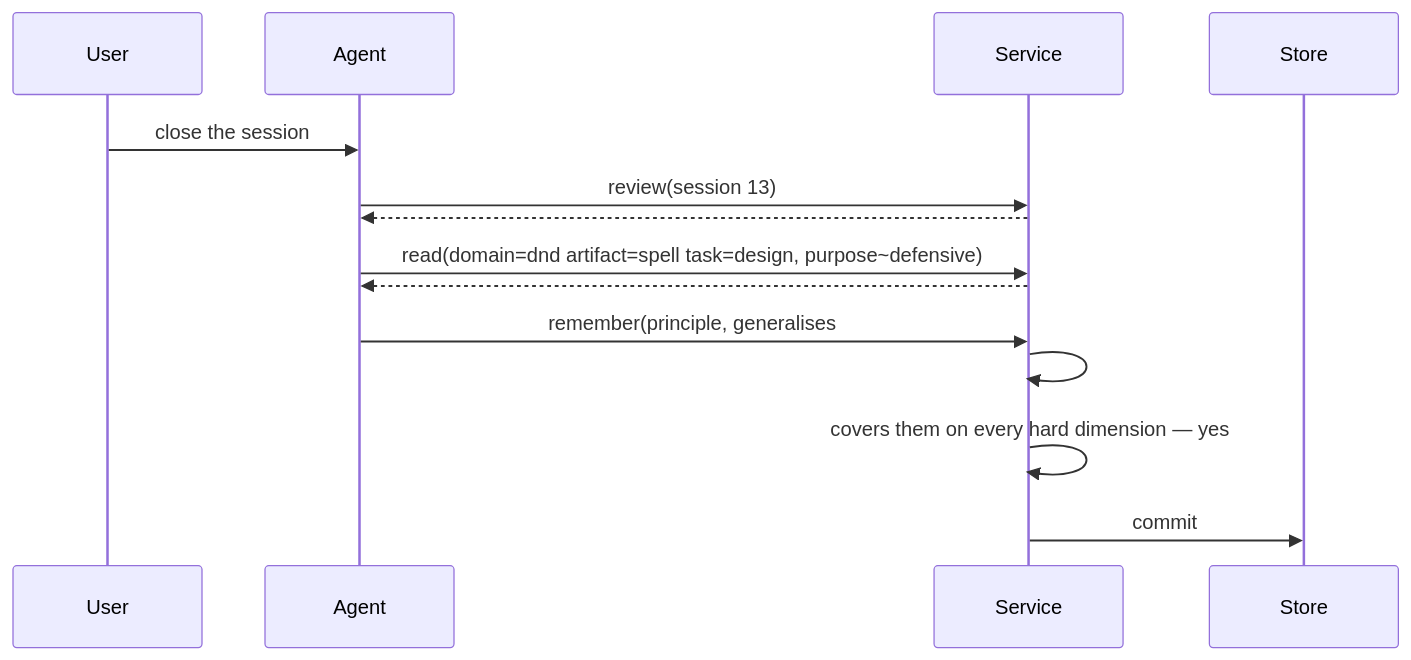
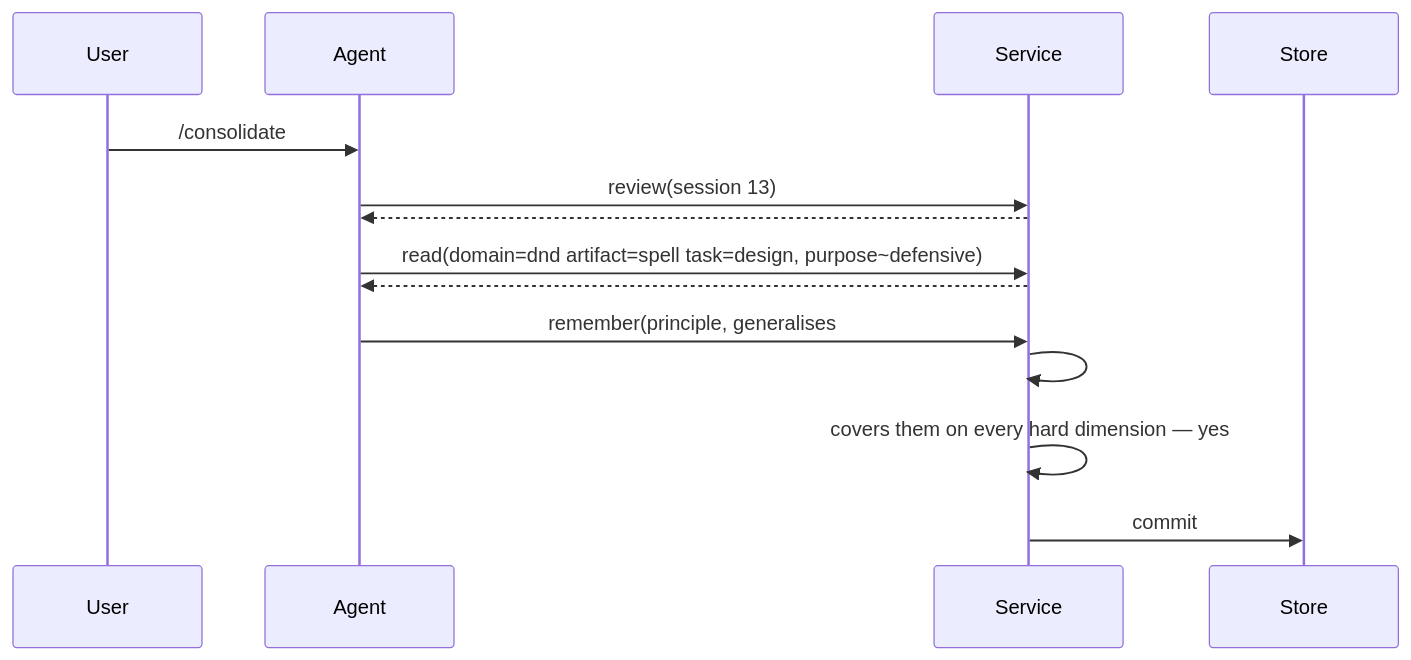
One commit to Debith/pygim changed diagram 30 of 32 in docs/design/memory/01a_model_by_scenario.md. Above: the diagram before and after it, drawn with Mermaid. The commit also changed other lines of this file and 14 other files, not shown here.

````diff
--- a/docs/design/memory/01a_model_by_scenario.md
+++ b/docs/design/memory/01a_model_by_scenario.md
@@ -730,16 +730,16 @@
 ```mermaid
 sequenceDiagram
     participant U as User
     participant A as Agent
     participant S as Service
     participant St as Store
-    U->>A: close the session
+    U->>A: /consolidate
     A->>S: review(session 13)
     S-->>A: #55 #56 #57 with their tags
     A->>S: read(domain=dnd artifact=spell task=design, purpose~defensive)
     S-->>A: #2 #54 #55 #56 #57 #7
     A->>S: remember(principle, generalises #54 to #57, seen #2 #7 #54 to #57)
     S->>S: #54 to #57 are heads — yes
     S->>S: covers them on every hard dimension — yes
     S->>St: commit #58, generalises #54 to #57, nothing superseded, snapshot v59
 ```
````
